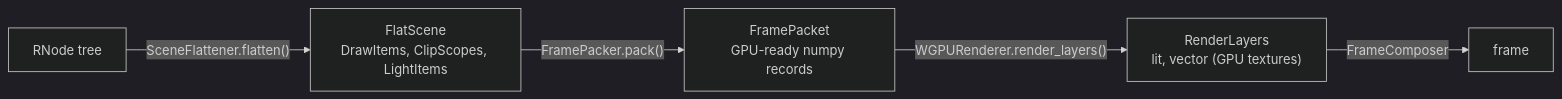
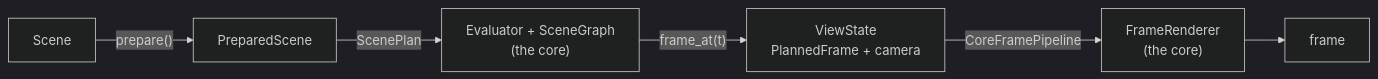
The first of 5 diagrams in manimx/manimx/renderer/README.md (MrDiver/manim), drawn with Mermaid (dark theme) before and after one commit. The commit also changed other lines of this file and 200 other files, not shown here.

````diff
--- a/manimx/manimx/renderer/README.md
+++ b/manimx/manimx/renderer/README.md
@@ -267,7 +258,8 @@
 ```mermaid
 flowchart LR
-    T["RNode tree"] -->|"SceneFlattener.flatten()"| F["FlatScene<br/>DrawItems, ClipScopes, LightItems"]
-    F -->|"FramePacker.pack()"| P["FramePacket<br/>GPU-ready numpy records"]
-    P -->|"WGPURenderer.render_layers()"| L["RenderLayers<br/>lit, vector (GPU textures)"]
-    L -->|"FrameComposer"| Out["frame"]
+    S["Scene"] -->|"prepare()"| P["PreparedScene"]
+    P -->|"ScenePlan"| Plan["Evaluator + SceneGraph<br/>(the core)"]
+    Plan -->|"frame_at(t)"| V["ViewState<br/>PlannedFrame + camera"]
+    V -->|"CoreFramePipeline"| FR["FrameRenderer<br/>(the core)"]
+    FR --> Out["frame"]
 ```
````
